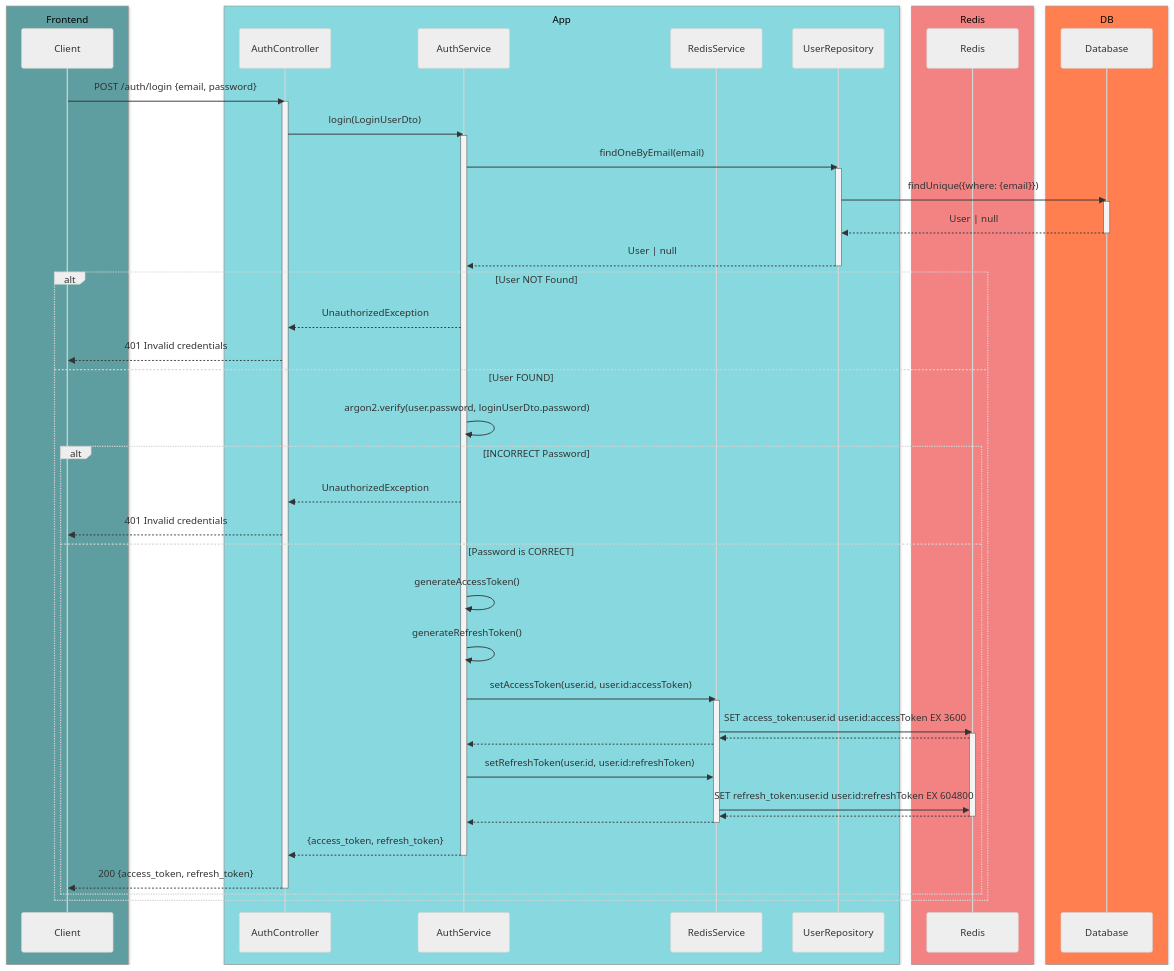
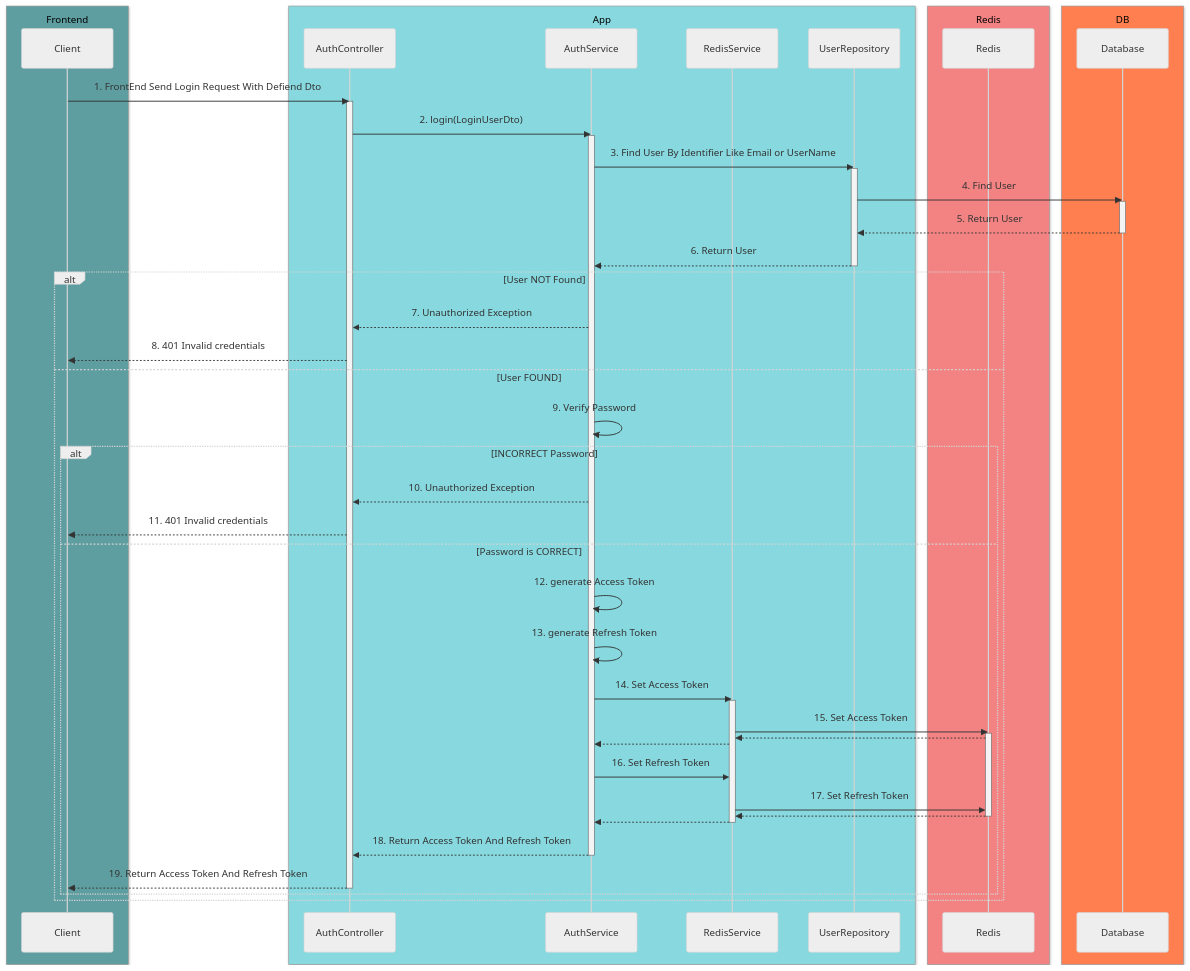
One commit to hamidehalaee/nestjs_ddd_skeleton changed the diagram in docs/auth/login.md. Above: the diagram before and after it, drawn with Mermaid. The commit also changed 12 other files, not shown here.

Commit message:
add: Log service update: sequence diagram: login, refresh token and register

````diff
--- a/docs/auth/login.md
+++ b/docs/auth/login.md
@@ -1,77 +1,77 @@
 ```mermaid
 ---
 config:
   theme: 'neutral'
   themeVariables:
     primaryColor: '#4f96e7ff'
     primaryBorderColor: 'rgba(153, 188, 241, 1)'
     lineColor: '#F8B229'
     secondaryColor: '#006100'
     tertiaryColor: '#ffffff60'
 ---
 sequenceDiagram
   box cadetblue Frontend
     participant Client
   end
 
   box rgba(135, 217, 223, 1) App
     participant AuthController
     participant AuthService
     participant RedisService
     participant UserRepo as UserRepository
   end
 
   box rgba(243, 131, 131, 1) Redis
     participant Redis
   end
 
   box coral DB
     participant DB as Database
   end
 
   %% Login Flow
-  Client->>AuthController: POST /auth/login {email, password}
+  Client->>AuthController: 1. FrontEnd Send Login Request With Defiend Dto
   activate AuthController
-  AuthController->>AuthService: login(LoginUserDto)
+  AuthController->>AuthService: 2. login(LoginUserDto)
   activate AuthService
-  AuthService->>UserRepo: findOneByEmail(email)
+  AuthService->>UserRepo: 3. Find User By Identifier Like Email or UserName
   activate UserRepo
-  UserRepo->>DB: findUnique({where: {email}})
+  UserRepo->>DB: 4. Find User
   activate DB
-  DB-->>UserRepo: User | null
+  DB-->>UserRepo: 5. Return User
   deactivate DB
-  UserRepo-->>AuthService: User | null
+  UserRepo-->>AuthService: 6. Return User
   deactivate UserRepo
   alt User NOT Found
-    AuthService-->>AuthController: UnauthorizedException
-    AuthController-->>Client: 401 Invalid credentials
+    AuthService-->>AuthController: 7. Unauthorized Exception
+    AuthController-->>Client: 8. 401 Invalid credentials
   else User FOUND
-    AuthService ->> AuthService: argon2.verify(user.password, loginUserDto.password)
+    AuthService ->> AuthService: 9. Verify Password
     alt INCORRECT Password
-      AuthService-->>AuthController: UnauthorizedException
-      AuthController-->>Client: 401 Invalid credentials
+      AuthService-->>AuthController: 10. Unauthorized Exception
+      AuthController-->>Client: 11. 401 Invalid credentials
     else Password is CORRECT
-      AuthService->>AuthService: generateAccessToken()
-      AuthService->>AuthService: generateRefreshToken()
+      AuthService->>AuthService: 12. generate Access Token
+      AuthService->>AuthService: 13. generate Refresh Token
 
-      AuthService->>RedisService: setAccessToken(user.id, user.id:accessToken)
+      AuthService->>RedisService: 14. Set Access Token
       activate RedisService
-      RedisService->>Redis: SET access_token:user.id user.id:accessToken EX 3600
+      RedisService->>Redis: 15. Set Access Token
       activate Redis
       Redis-->>RedisService:
 
       RedisService-->>AuthService:
-      AuthService->>RedisService: setRefreshToken(user.id, user.id:refreshToken)
-      RedisService->>Redis: SET refresh_token:user.id user.id:refreshToken EX 604800
+      AuthService->>RedisService: 16. Set Refresh Token
+      RedisService->>Redis: 17. Set Refresh Token
       Redis-->>RedisService:
       deactivate Redis
       RedisService-->>AuthService:
       deactivate RedisService
-      AuthService-->>AuthController: {access_token, refresh_token}
+      AuthService-->>AuthController: 18. Return Access Token And Refresh Token
       deactivate AuthService
-      AuthController-->>Client: 200 {access_token, refresh_token}
+      AuthController-->>Client: 19. Return Access Token And Refresh Token
       deactivate AuthController
     end
   end
 
 ```
````
